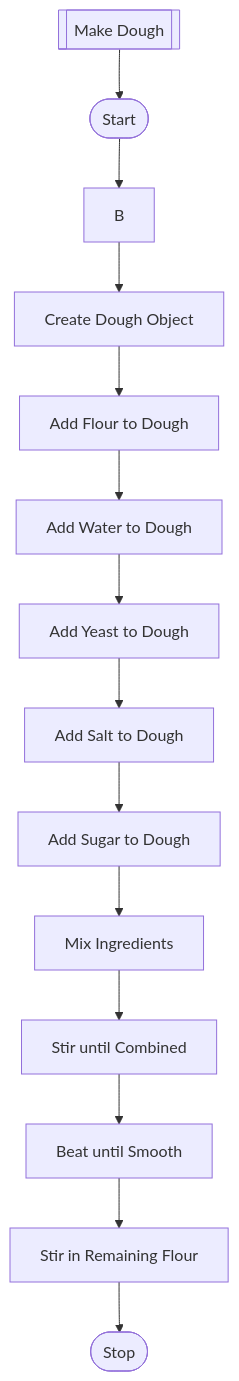
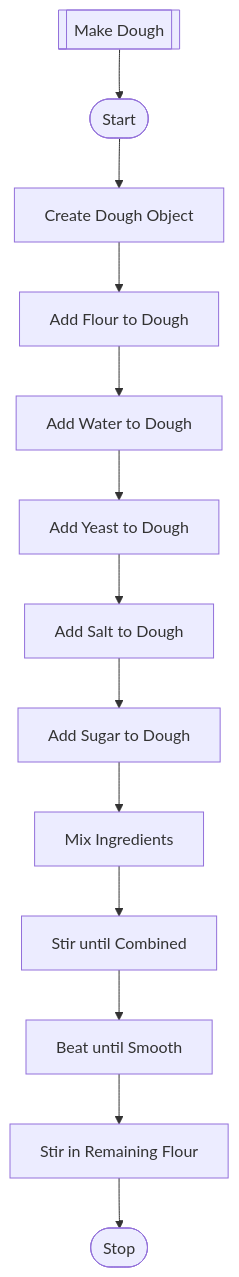
The third of 3 diagrams in flow/baking_bread/README.md (davrot/pytutorial), drawn with Mermaid before and after one commit. The commit also changed other lines of this file, not shown here.

```diff
--- a/flow/baking_bread/README.md
+++ b/flow/baking_bread/README.md
@@ -38,15 +38,15 @@
   <pre class="mermaid">
     graph TD
-        md[["Make Dough"]] --> A(["Start"]) -->
-        B --> C["Create Dough Object"]
+        md[["Make Dough"]] --> A(["Start"])
+        A --> C["Create Dough Object"]
         C --> D1["Add Flour to Dough"]
         D1 --> D2["Add Water to Dough"]
         D2 --> D3["Add Yeast to Dough"]
         D3 --> D4["Add Salt to Dough"]
         D4 --> D5["Add Sugar to Dough"]
         D5 --> E["Mix Ingredients"]
         E --> F1["Stir until Combined"]
         F1 --> F2["Beat until Smooth"]
         F2 --> F3["Stir in Remaining Flour"]
         F3 --> I(["Stop"])
       </pre>  
```
